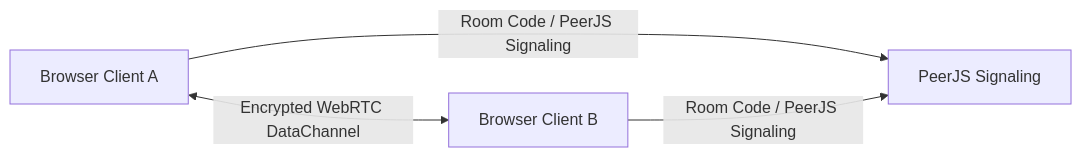
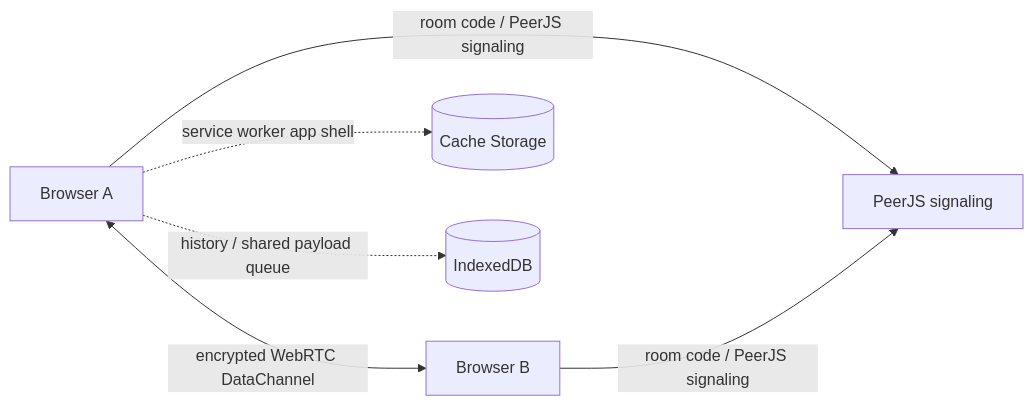
The diagram in readme.md (vyas-devgna/ez-drop), drawn with Mermaid before and after one commit. The commit also changed other lines of this file and 12 other files, not shown here.

````diff
--- a/readme.md
+++ b/readme.md
@@ -72,6 +25,8 @@
 ```mermaid
 flowchart LR
-    A[Browser Client A] -->|Room Code / PeerJS Signaling| S[PeerJS Signaling]
-    B[Browser Client B] -->|Room Code / PeerJS Signaling| S
-    A <-->|Encrypted WebRTC DataChannel| B
+    A[Browser A] -->|room code / PeerJS signaling| S[PeerJS signaling]
+    B[Browser B] -->|room code / PeerJS signaling| S
+    A <-->|encrypted WebRTC DataChannel| B
+    A -.->|service worker app shell| C[(Cache Storage)]
+    A -.->|history / shared payload queue| D[(IndexedDB)]
 ```
````
